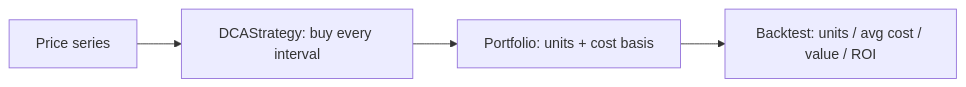
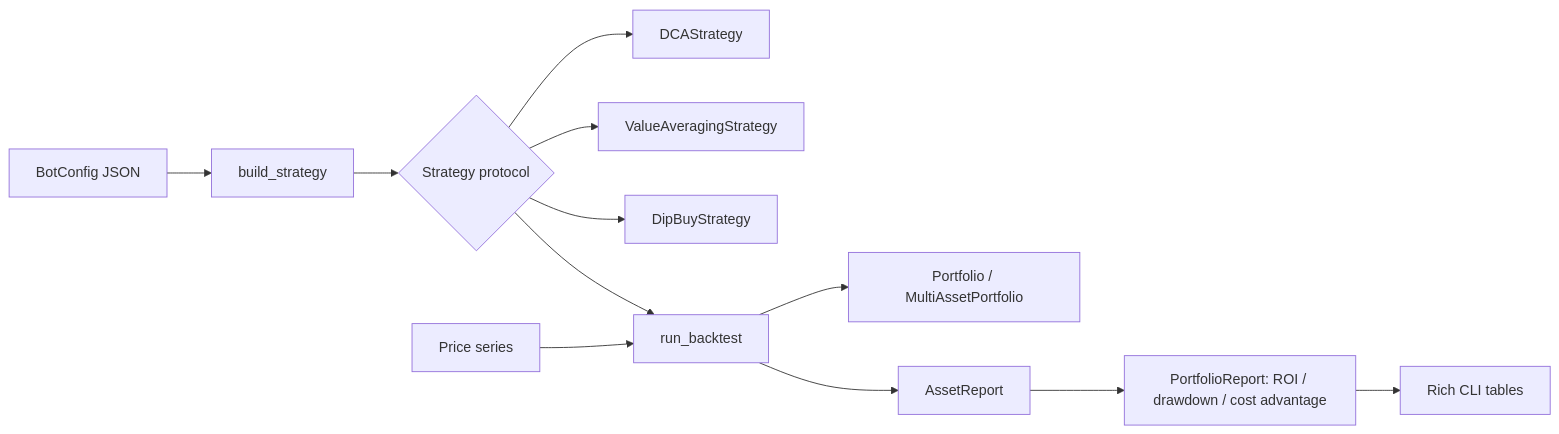
The diagram in README.md (Viprasol-Tech/dca-bot), drawn with Mermaid before and after one commit. The commit also changed other lines of this file and 15 other files, not shown here.

````diff
--- a/README.md
+++ b/README.md
@@ -69,6 +113,14 @@
 ```mermaid
 flowchart LR
-    FEED[Price series] --> DCA[DCAStrategy: buy every interval]
-    DCA --> PORT[Portfolio: units + cost basis]
-    PORT --> BT[Backtest: units / avg cost / value / ROI]
+    CFG[BotConfig JSON] --> FACT[build_strategy]
+    FACT --> S{Strategy protocol}
+    S --> DCA[DCAStrategy]
+    S --> VA[ValueAveragingStrategy]
+    S --> DIP[DipBuyStrategy]
+    FEED[Price series] --> BT[run_backtest]
+    S --> BT
+    BT --> PORT[Portfolio / MultiAssetPortfolio]
+    BT --> REP[AssetReport]
+    REP --> ROLL[PortfolioReport: ROI / drawdown / cost advantage]
+    ROLL --> CLI[Rich CLI tables]
 ```
````
